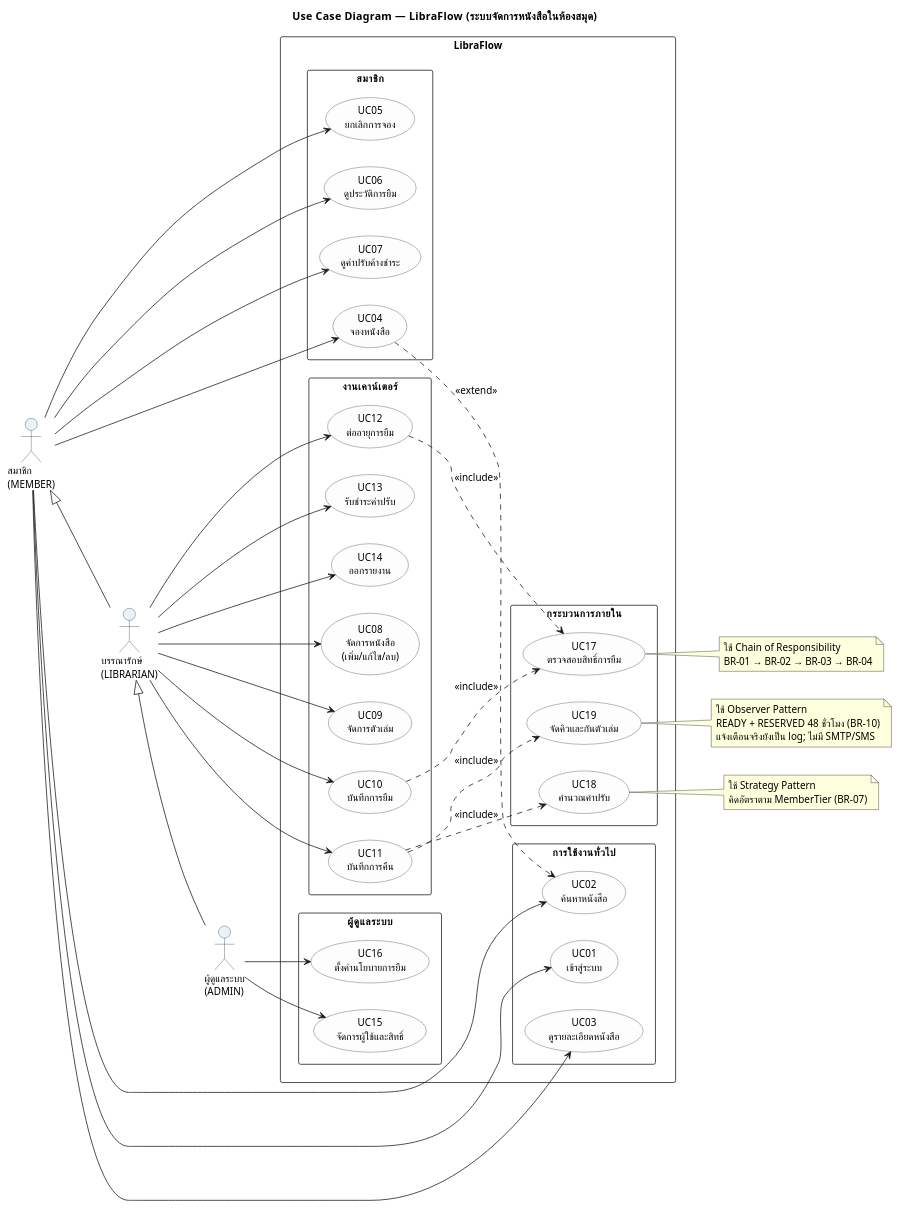
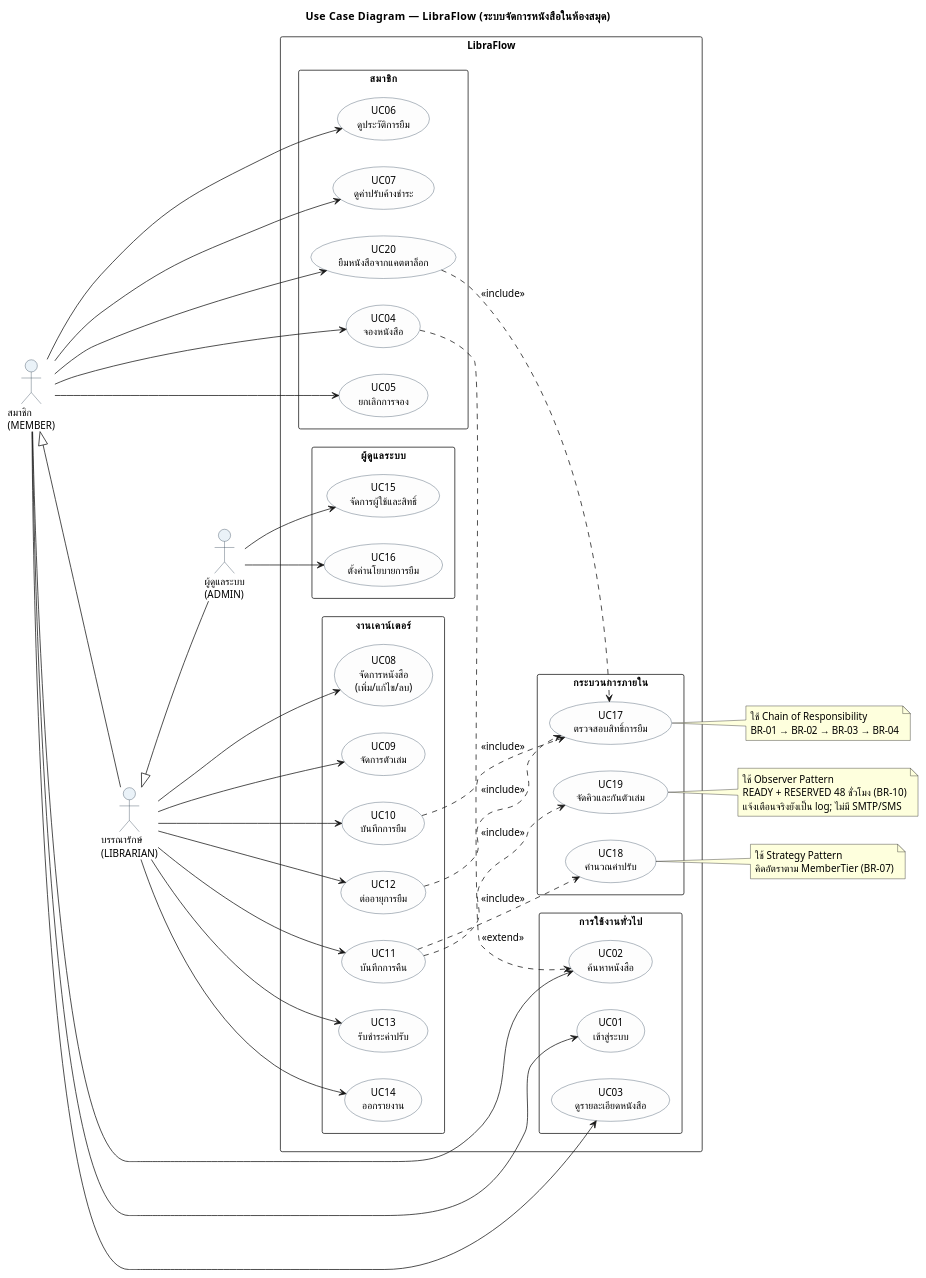
The diagram in doc/diagrams/01-use-case.puml (boatrocl/library_book_management), drawn with PlantUML before and after one commit. The commit also changed 16 other files, not shown here.

```diff
--- a/doc/diagrams/01-use-case.puml
+++ b/doc/diagrams/01-use-case.puml
@@ -1,103 +1,106 @@
 @startuml 01-use-case
 title Use Case Diagram — LibraFlow (ระบบจัดการหนังสือในห้องสมุด)
 
 skinparam defaultFontName "Tahoma"
 skinparam defaultFontSize 13
 skinparam shadowing false
 skinparam packageStyle rectangle
 skinparam usecase {
   BackgroundColor #FDFDFD
   BorderColor #34495E
 }
 skinparam actor {
   BackgroundColor #EAF2F8
   BorderColor #2E4053
 }
 left to right direction
 
 actor "สมาชิก\n(MEMBER)" as MEMBER
 actor "บรรณารักษ์\n(LIBRARIAN)" as LIBRARIAN
 actor "ผู้ดูแลระบบ\n(ADMIN)" as ADMIN
 
 MEMBER <|-- LIBRARIAN
 LIBRARIAN <|-- ADMIN
 
 rectangle "LibraFlow" {
 
   package "การใช้งานทั่วไป" {
     usecase "UC01\nเข้าสู่ระบบ" as UC01
     usecase "UC02\nค้นหาหนังสือ" as UC02
     usecase "UC03\nดูรายละเอียดหนังสือ" as UC03
   }
 
   package "สมาชิก" {
     usecase "UC04\nจองหนังสือ" as UC04
     usecase "UC05\nยกเลิกการจอง" as UC05
     usecase "UC06\nดูประวัติการยืม" as UC06
     usecase "UC07\nดูค่าปรับค้างชำระ" as UC07
+    usecase "UC20\nยืมหนังสือจากแคตตาล็อก" as UC20
   }
 
   package "งานเคาน์เตอร์" {
     usecase "UC08\nจัดการหนังสือ\n(เพิ่ม/แก้ไข/ลบ)" as UC08
     usecase "UC09\nจัดการตัวเล่ม" as UC09
     usecase "UC10\nบันทึกการยืม" as UC10
     usecase "UC11\nบันทึกการคืน" as UC11
     usecase "UC12\nต่ออายุการยืม" as UC12
     usecase "UC13\nรับชำระค่าปรับ" as UC13
     usecase "UC14\nออกรายงาน" as UC14
   }
 
   package "ผู้ดูแลระบบ" {
     usecase "UC15\nจัดการผู้ใช้และสิทธิ์" as UC15
     usecase "UC16\nตั้งค่านโยบายการยืม" as UC16
   }
 
   package "กระบวนการภายใน" {
     usecase "UC17\nตรวจสอบสิทธิ์การยืม" as UC17
     usecase "UC18\nคำนวณค่าปรับ" as UC18
     usecase "UC19\nจัดคิวและกันตัวเล่ม" as UC19
   }
 }
 
 MEMBER --> UC01
 MEMBER --> UC02
 MEMBER --> UC03
 MEMBER --> UC04
 MEMBER --> UC05
 MEMBER --> UC06
 MEMBER --> UC07
+MEMBER --> UC20
 
 LIBRARIAN --> UC08
 LIBRARIAN --> UC09
 LIBRARIAN --> UC10
 LIBRARIAN --> UC11
 LIBRARIAN --> UC12
 LIBRARIAN --> UC13
 LIBRARIAN --> UC14
 
 ADMIN --> UC15
 ADMIN --> UC16
 
 UC10 ..> UC17 : <<include>>
+UC20 ..> UC17 : <<include>>
 UC11 ..> UC18 : <<include>>
 UC11 ..> UC19 : <<include>>
 UC12 ..> UC17 : <<include>>
 UC04 ..> UC02 : <<extend>>
 
 note right of UC17
   ใช้ Chain of Responsibility
   BR-01 → BR-02 → BR-03 → BR-04
 end note
 
 note right of UC18
   ใช้ Strategy Pattern
   คิดอัตราตาม MemberTier (BR-07)
 end note
 
 note right of UC19
   ใช้ Observer Pattern
   READY + RESERVED 48 ชั่วโมง (BR-10)
   แจ้งเตือนจริงยังเป็น log; ไม่มี SMTP/SMS
 end note
 
 @enduml
```
